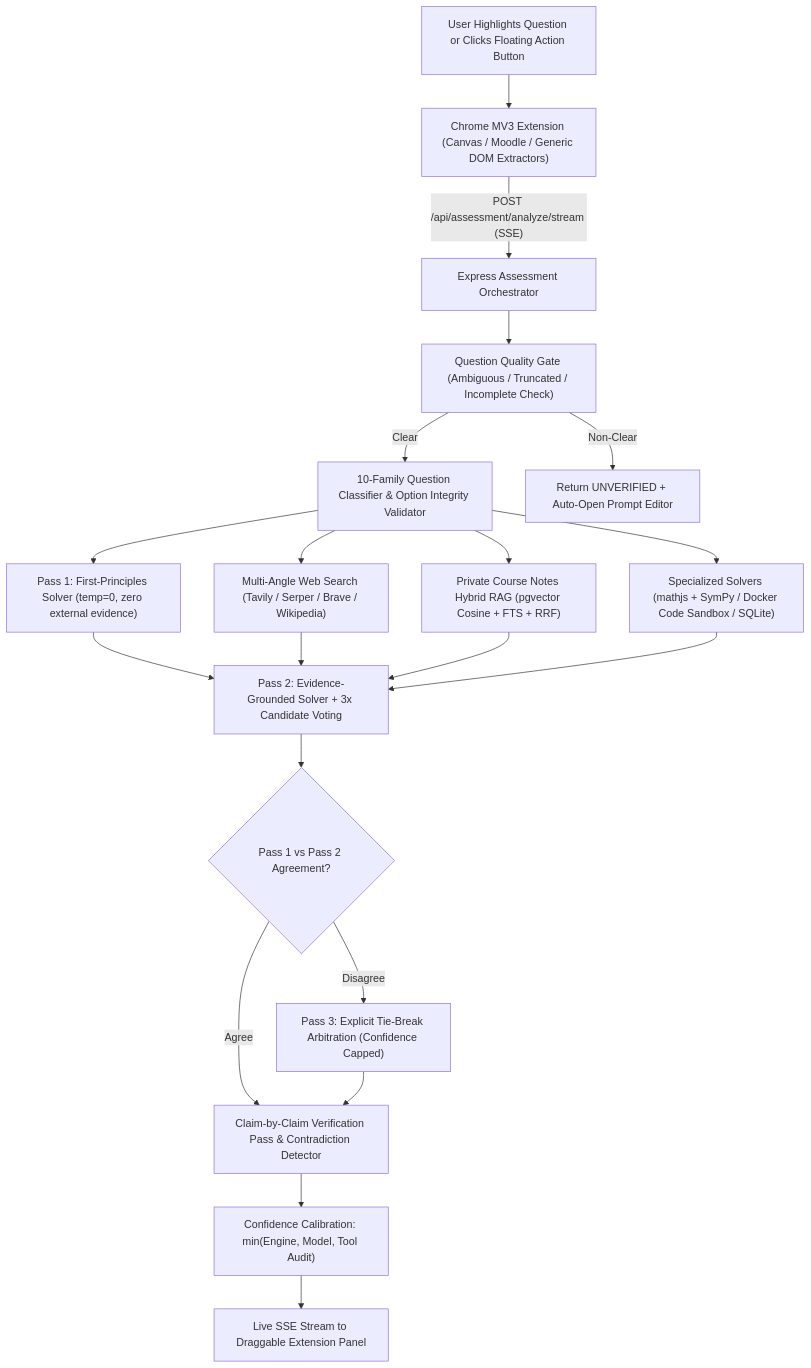
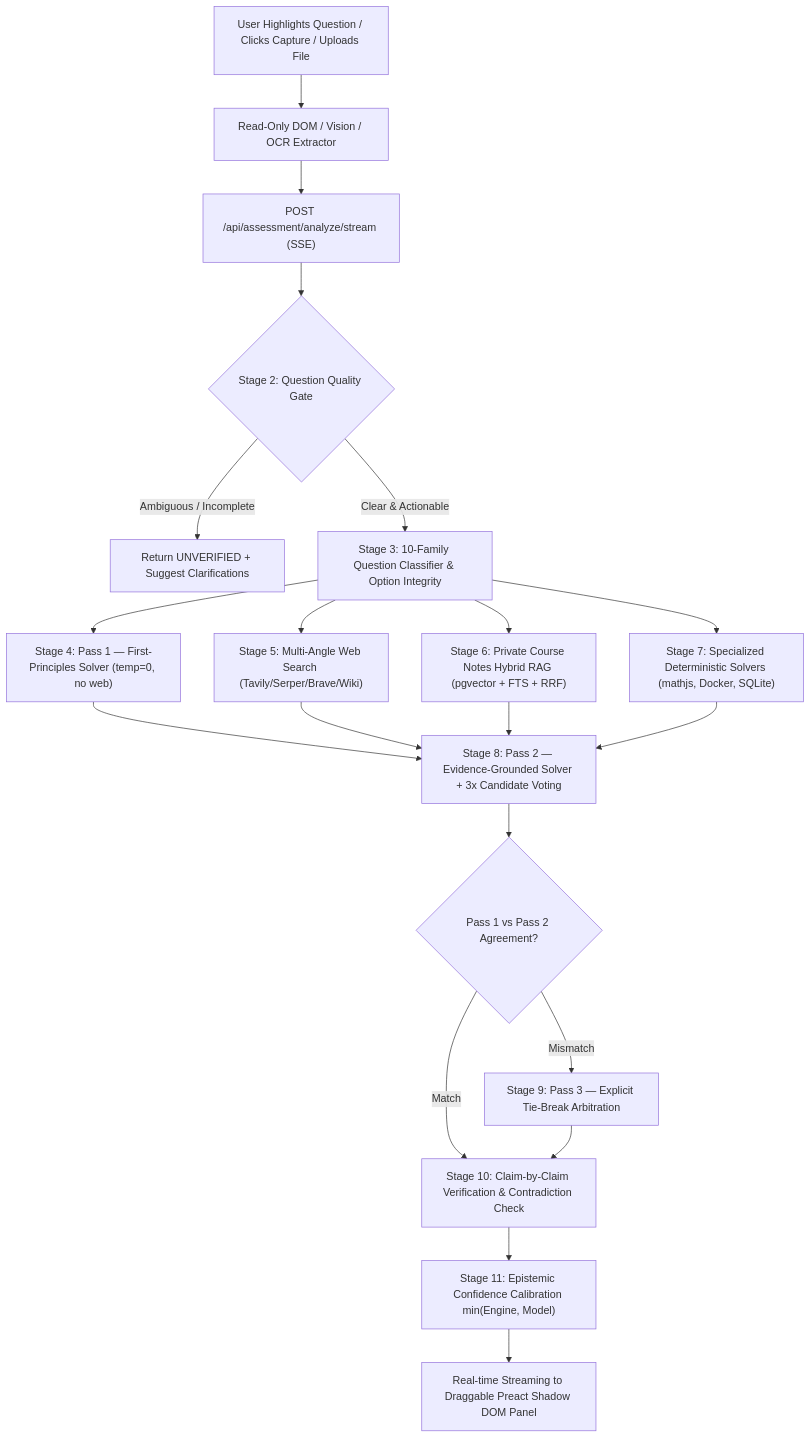
One commit to sathvikkasanagpttu/ExamAssist-AI changed the diagram in README.md. Above: the diagram before and after it, drawn with Mermaid. The commit also changed other lines of this file, not shown here.

Commit message:
Update README.md with comprehensive in-depth explanation of system architecture, features, setup, and evaluation

````diff
--- a/README.md
+++ b/README.md
@@ -42,22 +64,22 @@
 ```mermaid
 flowchart TD
-    A["User Highlights Question or Clicks Floating Action Button"] --> B["Chrome MV3 Extension (Canvas / Moodle / Generic DOM Extractors)"]
-    B -->|"POST /api/assessment/analyze/stream (SSE)"| C["Express Assessment Orchestrator"]
-    C --> Q["Question Quality Gate (Ambiguous / Truncated / Incomplete Check)"]
-    Q -->|"Clear"| D["10-Family Question Classifier & Option Integrity Validator"]
-    Q -->|"Non-Clear"| U["Return UNVERIFIED + Auto-Open Prompt Editor"]
-    D --> E["Pass 1: First-Principles Solver (temp=0, zero external evidence)"]
-    D --> F["Multi-Angle Web Search (Tavily / Serper / Brave / Wikipedia)"]
-    D --> G["Private Course Notes Hybrid RAG (pgvector Cosine + FTS + RRF)"]
-    D --> H["Specialized Solvers (mathjs + SymPy / Docker Code Sandbox / SQLite)"]
-    E --> I["Pass 2: Evidence-Grounded Solver + 3x Candidate Voting"]
-    F --> I
-    G --> I
-    H --> I
-    I --> J{"Pass 1 vs Pass 2 Agreement?"}
-    J -->|"Disagree"| K["Pass 3: Explicit Tie-Break Arbitration (Confidence Capped)"]
-    J -->|"Agree"| L["Claim-by-Claim Verification Pass & Contradiction Detector"]
-    K --> L
-    L --> M["Confidence Calibration: min(Engine, Model, Tool Audit)"]
-    M --> N["Live SSE Stream to Draggable Extension Panel"]
+    User["User Highlights Question / Clicks Capture / Uploads File"] --> Adapter["Read-Only DOM / Vision / OCR Extractor"]
+    Adapter --> SSE["POST /api/assessment/analyze/stream (SSE)"]
+    SSE --> Gate{"Stage 2: Question Quality Gate"}
+    Gate -->|"Ambiguous / Incomplete"| Unverified["Return UNVERIFIED + Suggest Clarifications"]
+    Gate -->|"Clear & Actionable"| Classify["Stage 3: 10-Family Question Classifier & Option Integrity"]
+    Classify --> P1["Stage 4: Pass 1 — First-Principles Solver (temp=0, no web)"]
+    Classify --> Search["Stage 5: Multi-Angle Web Search (Tavily/Serper/Brave/Wiki)"]
+    Classify --> RAG["Stage 6: Private Course Notes Hybrid RAG (pgvector + FTS + RRF)"]
+    Classify --> Solvers["Stage 7: Specialized Deterministic Solvers (mathjs, Docker, SQLite)"]
+    P1 --> P2["Stage 8: Pass 2 — Evidence-Grounded Solver + 3x Candidate Voting"]
+    Search --> P2
+    RAG --> P2
+    Solvers --> P2
+    P2 --> Disagree{"Pass 1 vs Pass 2 Agreement?"}
+    Disagree -->|"Mismatch"| P3["Stage 9: Pass 3 — Explicit Tie-Break Arbitration"]
+    Disagree -->|"Match"| Verify["Stage 10: Claim-by-Claim Verification & Contradiction Check"]
+    P3 --> Verify
+    Verify --> Calibrate["Stage 11: Epistemic Confidence Calibration min(Engine, Model)"]
+    Calibrate --> UI["Real-time Streaming to Draggable Preact Shadow DOM Panel"]
 ```
````
